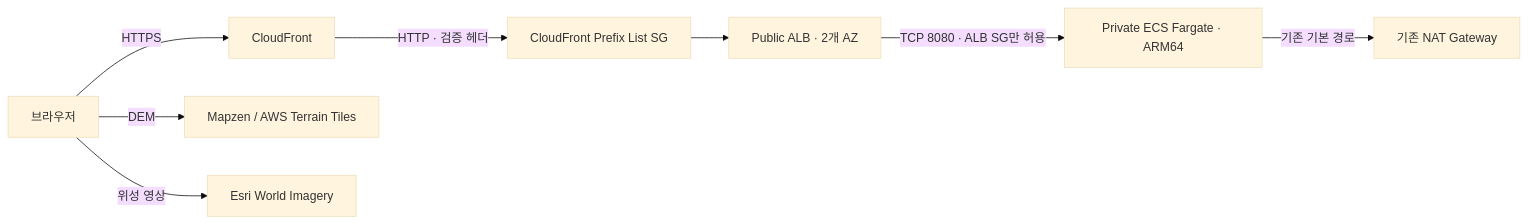
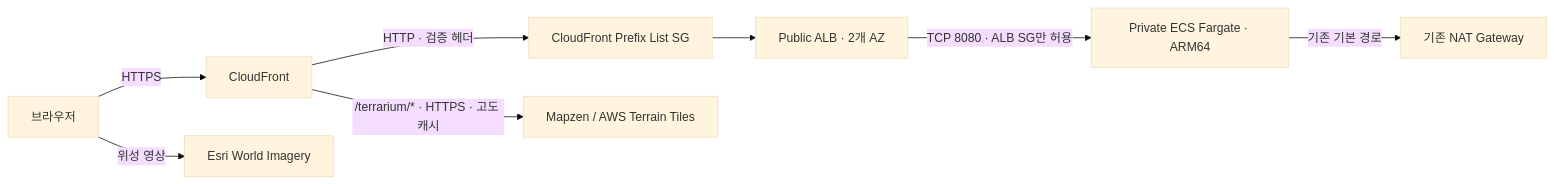
One commit to whchoi98/jeju-atlas changed the diagram in README.md. Above: the diagram before and after it, drawn with Mermaid (base theme). The commit also changed other lines of this file and 7 other files, not shown here.

````diff
--- a/README.md
+++ b/README.md
@@ -35,10 +35,10 @@
 ```mermaid
 flowchart LR
     Browser["브라우저"] -->|HTTPS| CF["CloudFront"]
     CF -->|HTTP · 검증 헤더| SG["CloudFront Prefix List SG"]
     SG --> ALB["Public ALB · 2개 AZ"]
     ALB -->|TCP 8080 · ALB SG만 허용| ECS["Private ECS Fargate · ARM64"]
     ECS -->|기존 기본 경로| NAT["기존 NAT Gateway"]
-    Browser -->|DEM| DEM["Mapzen / AWS Terrain Tiles"]
+    CF -->|"/terrarium/* · HTTPS · 고도 캐시"| DEM["Mapzen / AWS Terrain Tiles"]
     Browser -->|위성 영상| Esri["Esri World Imagery"]
 ```
````
